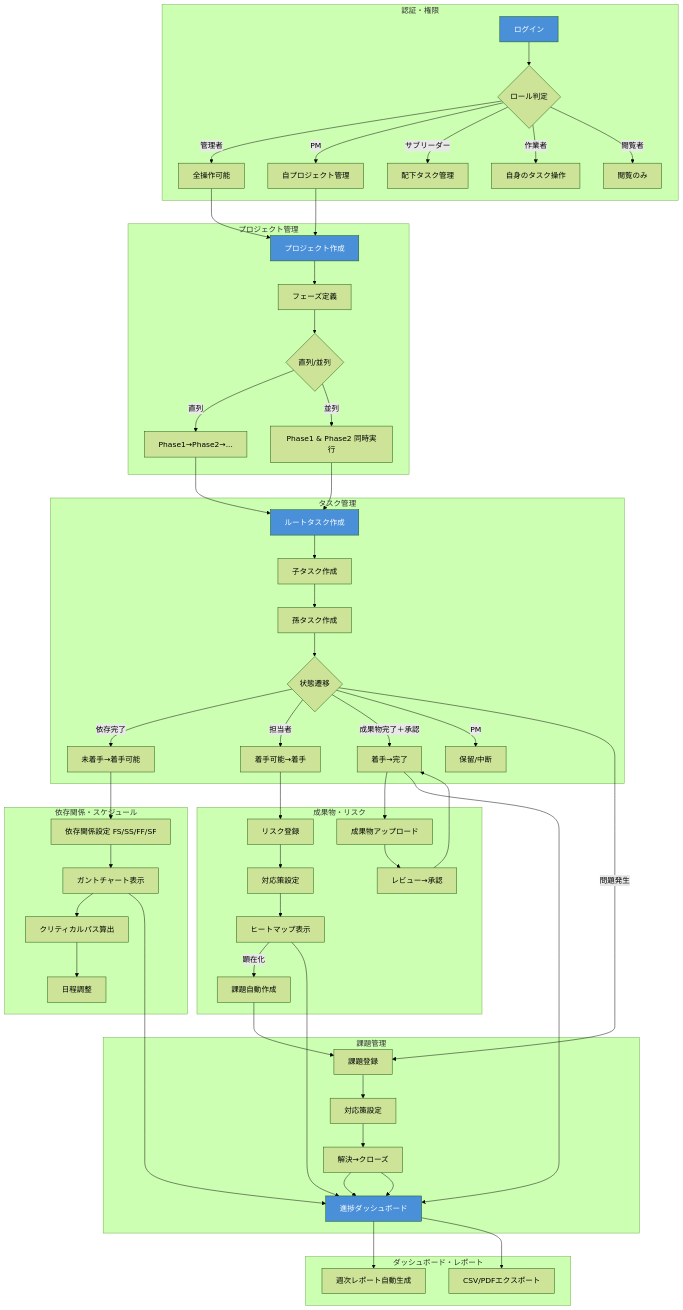
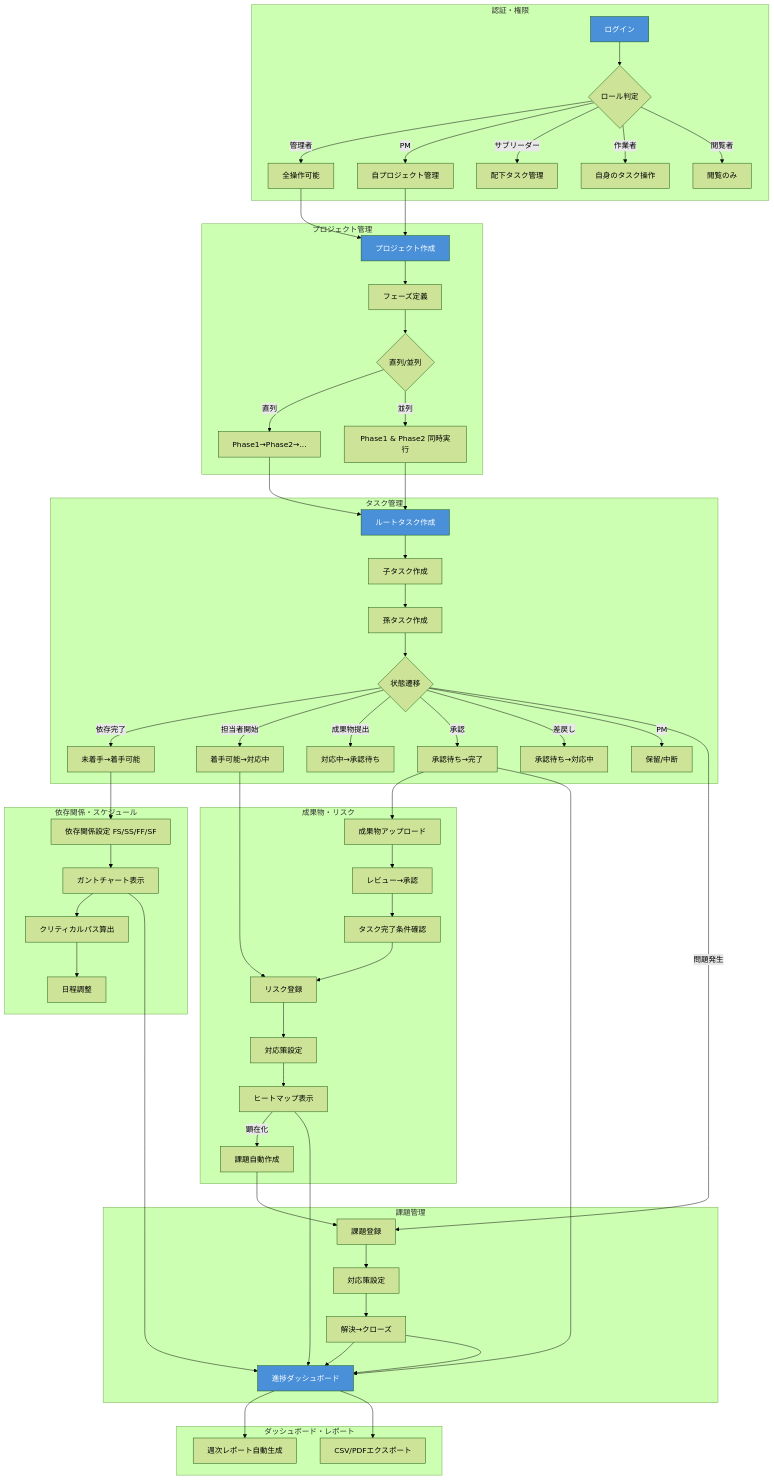
One commit to lclnote/pdm changed the diagram in docs/system-flow.md. Above: the diagram before and after it, drawn with Mermaid (forest theme). The commit also changed 1 other file, not shown here.

Commit message:
Update: 着手→対応中、承認待ち追加、全状態遷移パス定義

````diff
--- a/docs/system-flow.md
+++ b/docs/system-flow.md
@@ -3,71 +3,74 @@
 ```mermaid
 graph TB
   subgraph "認証・権限"
     A[ログイン] --> B{ロール判定}
     B -->|管理者| C[全操作可能]
     B -->|PM| D[自プロジェクト管理]
     B -->|サブリーダー| E[配下タスク管理]
     B -->|作業者| F[自身のタスク操作]
     B -->|閲覧者| G[閲覧のみ]
   end
 
   subgraph "プロジェクト管理"
     C --> H[プロジェクト作成]
     D --> H
     H --> I[フェーズ定義]
     I --> J{直列/並列}
     J -->|直列| K[Phase1→Phase2→...]
     J -->|並列| L[Phase1 & Phase2 同時実行]
   end
 
   subgraph "タスク管理"
     K --> M[ルートタスク作成]
     L --> M
     M --> N[子タスク作成]
     N --> O[孫タスク作成]
     O --> P{状態遷移}
     P -->|依存完了| Q[未着手→着手可能]
-    P -->|担当者| R[着手可能→着手]
-    P -->|成果物完了＋承認| S[着手→完了]
+    P -->|担当者開始| R1[着手可能→対応中]
+    P -->|成果物提出| W1[対応中→承認待ち]
+    P -->|承認| S1[承認待ち→完了]
+    P -->|差戻し| W2[承認待ち→対応中]
     P -->|PM| T[保留/中断]
   end
 
   subgraph "依存関係・スケジュール"
     Q --> U[依存関係設定 FS/SS/FF/SF]
     U --> V[ガントチャート表示]
-    V --> W[クリティカルパス算出]
-    W --> X[日程調整]
+    V --> X[クリティカルパス算出]
+    X --> Y[日程調整]
   end
 
   subgraph "成果物・リスク"
-    S --> Y[成果物アップロード]
-    Y --> Z[レビュー→承認]
-    Z --> S
-    R --> RA[リスク登録]
+    S1 --> Z[成果物アップロード]
+    Z --> Z1[レビュー→承認]
+    Z1 --> Z2[タスク完了条件確認]
+    R1 --> RA[リスク登録]
+    Z2 --> RA
     RA --> RB[対応策設定]
     RB --> RC[ヒートマップ表示]
     RC -->|顕在化| IS[課題自動作成]
   end
 
   subgraph "課題管理"
     IS --> I2[課題登録]
     P -->|問題発生| I2
     I2 --> I3[対応策設定]
     I3 --> I4[解決→クローズ]
     I4 --> DB
   end
 
   subgraph "ダッシュボード・レポート"
     V --> DB[進捗ダッシュボード]
-    S --> DB
+    S1 --> DB
     RC --> DB
     I4 --> DB
     DB --> RE[週次レポート自動生成]
     DB --> EX[CSV/PDFエクスポート]
   end
 
   style A fill:#4a90d9,color:#fff
   style H fill:#4a90d9,color:#fff
   style M fill:#4a90d9,color:#fff
   style DB fill:#4a90d9,color:#fff
 ```
````
